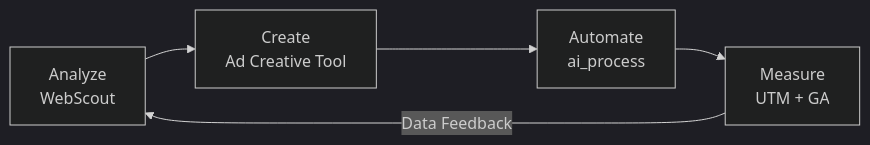
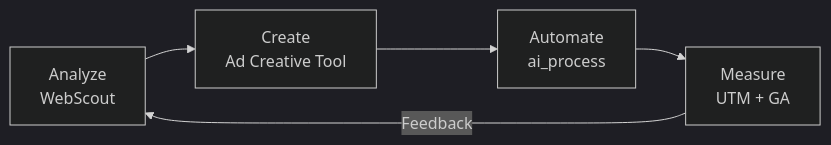
The first of 2 diagrams in README_EN.md (dalgoms/dalgoms), drawn with Mermaid (dark theme) before and after one commit. The commit also changed other lines of this file and 1 other file, not shown here.

````diff
--- a/README_EN.md
+++ b/README_EN.md
@@ -123,7 +104,7 @@
 ```mermaid
 flowchart LR
   A["Analyze\nWebScout"] --> B["Create\nAd Creative Tool"]
   B --> C["Automate\nai_process"]
   C --> D["Measure\nUTM + GA"]
-  D -->|"Data Feedback"| A
+  D -->|"Feedback"| A
 ```
````
